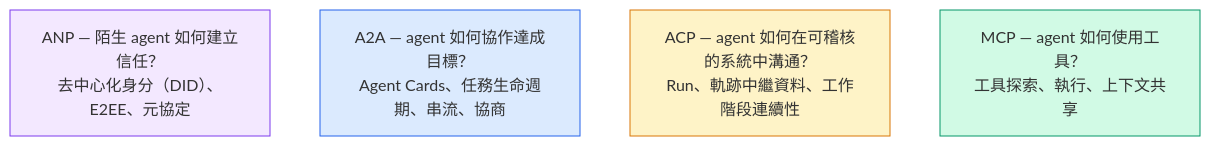
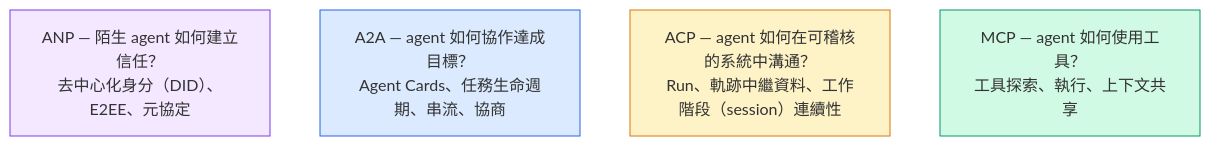
One commit to edward821220/ai-engineering-from-scratch changed the first of 13 diagrams in i18n/zh-TW/phases/16-multi-agent-and-swarms/03-communication-protocols/docs/zh-TW.md. Above: the diagram before and after it, drawn with Mermaid (base theme). The commit also changed 21 other files, not shown here.

````diff
--- a/i18n/zh-TW/phases/16-multi-agent-and-swarms/03-communication-protocols/docs/zh-TW.md
+++ b/i18n/zh-TW/phases/16-multi-agent-and-swarms/03-communication-protocols/docs/zh-TW.md
@@ -39,12 +39,12 @@
 ```mermaid
 flowchart TD
   ANP["ANP — 陌生 agent 如何建立信任？<br/>去中心化身分（DID）、E2EE、元協定"]
   A2A["A2A — agent 如何協作達成目標？<br/>Agent Cards、任務生命週期、串流、協商"]
-  ACP["ACP — agent 如何在可稽核的系統中溝通？<br/>Run、軌跡中繼資料、工作階段連續性"]
+  ACP["ACP — agent 如何在可稽核的系統中溝通？<br/>Run、軌跡中繼資料、工作階段（session）連續性"]
   MCP["MCP — agent 如何使用工具？<br/>工具探索、執行、上下文共享"]
 
   style ANP fill:#f3e8ff,stroke:#7c3aed
   style A2A fill:#dbeafe,stroke:#2563eb
   style ACP fill:#fef3c7,stroke:#d97706
   style MCP fill:#d1fae5,stroke:#059669
 ```
````
